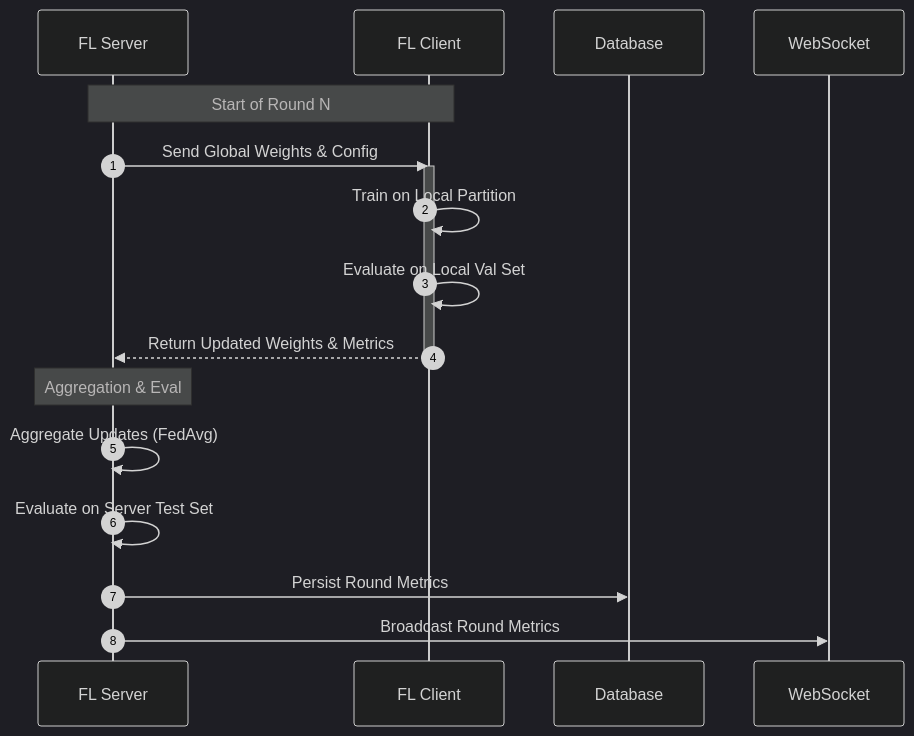
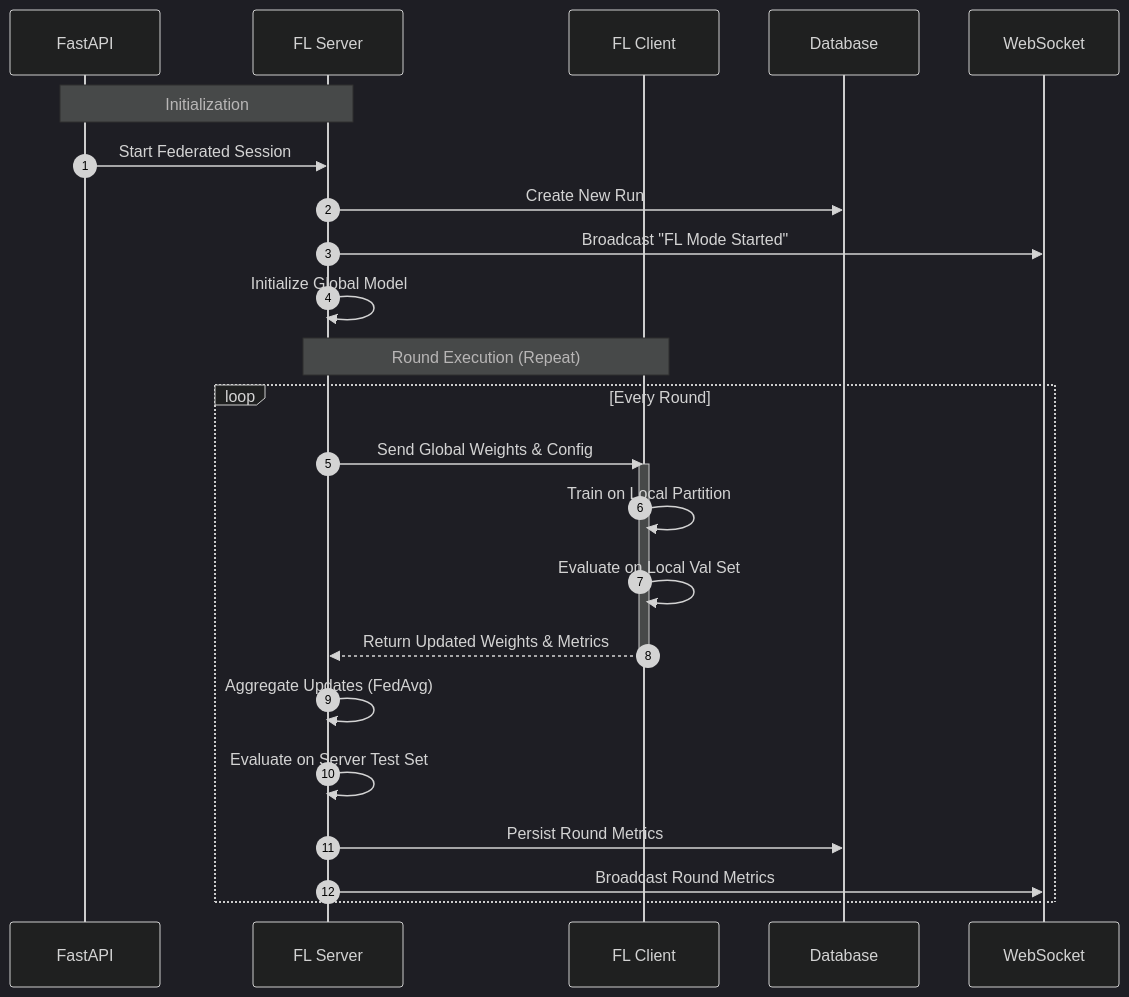
The third of 5 diagrams in federated_pneumonia_detection/src/control/README.md (h19overflow/federated_learning), drawn with Mermaid (dark theme) before and after one commit. The commit also changed other lines of this file and 14 other files, not shown here.

````diff
--- a/federated_pneumonia_detection/src/control/README.md
+++ b/federated_pneumonia_detection/src/control/README.md
@@ -193,26 +377,30 @@
 ```mermaid
 sequenceDiagram
     autonumber
+    participant API as FastAPI
     participant Server as FL Server
     participant Client as FL Client
     participant DB as Database
     participant WS as WebSocket
 
-    Note over Server, Client: Start of Round N
-    
-    Server->>Client: Send Global Weights & Config
-    activate Client
-    
-    Client->>Client: Train on Local Partition
-    Client->>Client: Evaluate on Local Val Set
-    
-    Client-->>Server: Return Updated Weights & Metrics
-    deactivate Client
-    
-    Note over Server: Aggregation & Eval
-    Server->>Server: Aggregate Updates (FedAvg)
-    Server->>Server: Evaluate on Server Test Set
-    
-    Server->>DB: Persist Round Metrics
-    Server->>WS: Broadcast Round Metrics
+    Note over API, Server: Initialization
+    API->>Server: Start Federated Session
+    Server->>DB: Create New Run
+    Server->>WS: Broadcast "FL Mode Started"
+    Server->>Server: Initialize Global Model
+
+    Note over Server, Client: Round Execution (Repeat)
+    loop Every Round
+        Server->>Client: Send Global Weights & Config
+        activate Client
+        Client->>Client: Train on Local Partition
+        Client->>Client: Evaluate on Local Val Set
+        Client-->>Server: Return Updated Weights & Metrics
+        deactivate Client
+
+        Server->>Server: Aggregate Updates (FedAvg)
+        Server->>Server: Evaluate on Server Test Set
+        Server->>DB: Persist Round Metrics
+        Server->>WS: Broadcast Round Metrics
+    end
 ```
````
